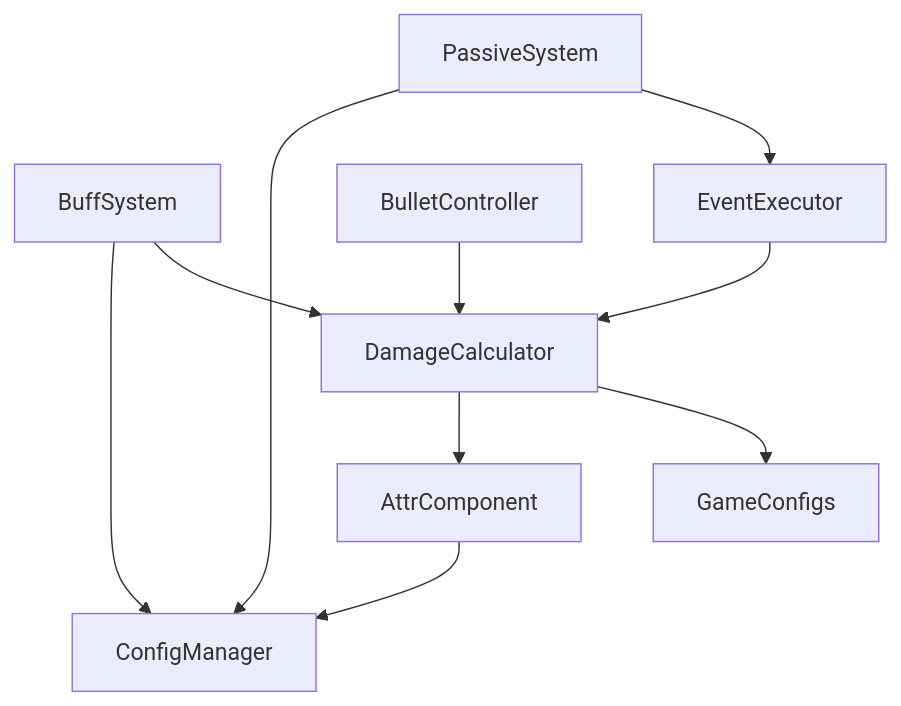
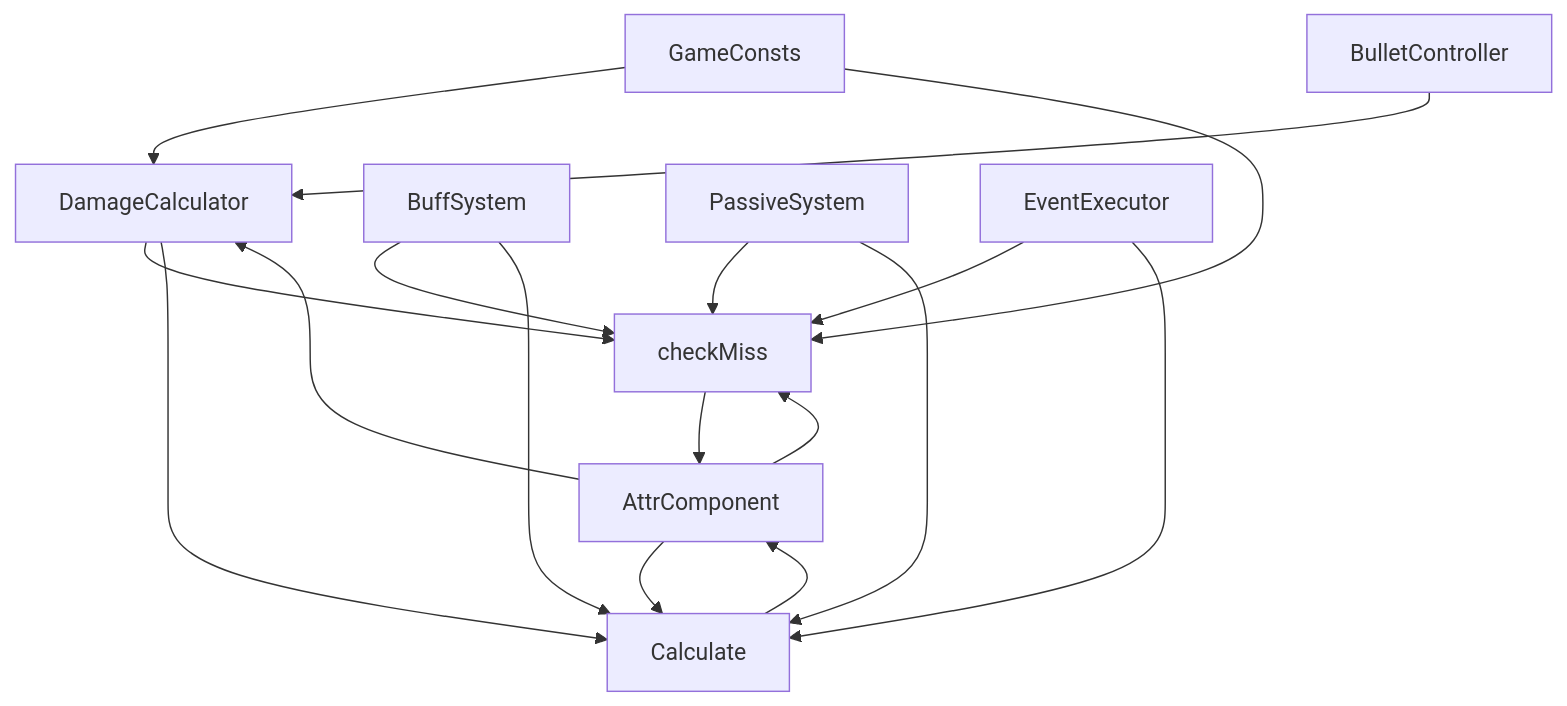
Before and after one commit to Tuusen/p1_client: the seventh of 7 diagrams in .qoder/repowiki/zh/content/战斗系统/伤害计算系统.md, drawn with Mermaid. The commit also changed other lines of this file and 11 other files, not shown here.

````diff
--- a/.qoder/repowiki/zh/content/战斗系统/伤害计算系统.md
+++ b/.qoder/repowiki/zh/content/战斗系统/伤害计算系统.md
@@ -330,12 +353,19 @@
 ```mermaid
 graph TB
-DC["DamageCalculator"] --> AC["AttrComponent"]
-DC --> GC["GameConfigs"]
-AC --> CM["ConfigManager"]
+DC["DamageCalculator"] --> CM["checkMiss"]
+DC --> CA["Calculate"]
+AC["AttrComponent"] --> DC
+AC --> CM
+AC --> CA
+GC["GameConsts"] --> DC
+GC --> CM
+CM --> AC
+CA --> AC
 BS["BuffSystem"] --> CM
-BS --> DC
+BS --> CA
 PS["PassiveSystem"] --> CM
-PS --> EE["EventExecutor"]
+PS --> CA
+EE["EventExecutor"] --> CM
+EE --> CA
 BC["BulletController"] --> DC
-EE --> DC
 ```
````
